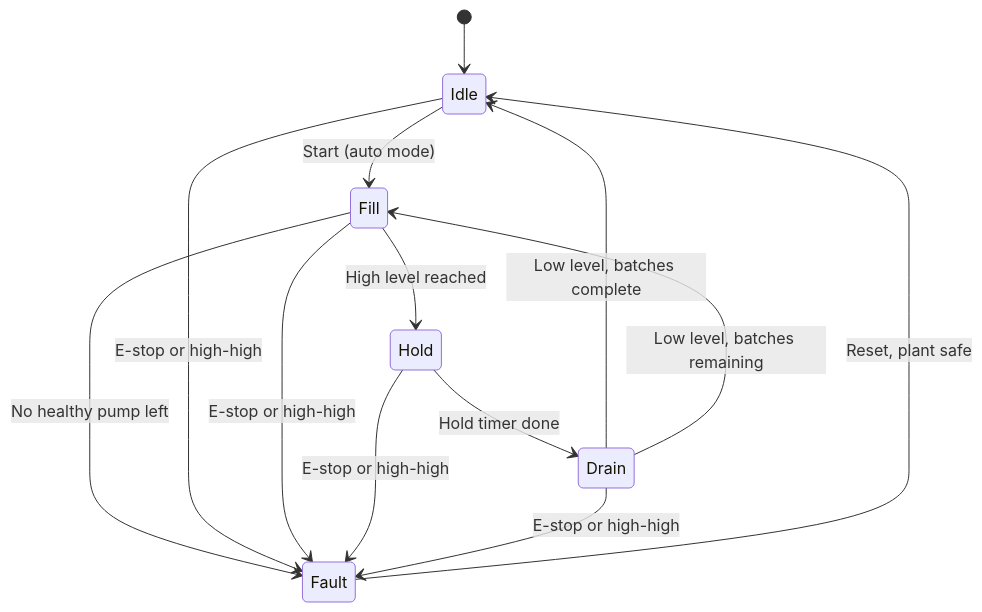
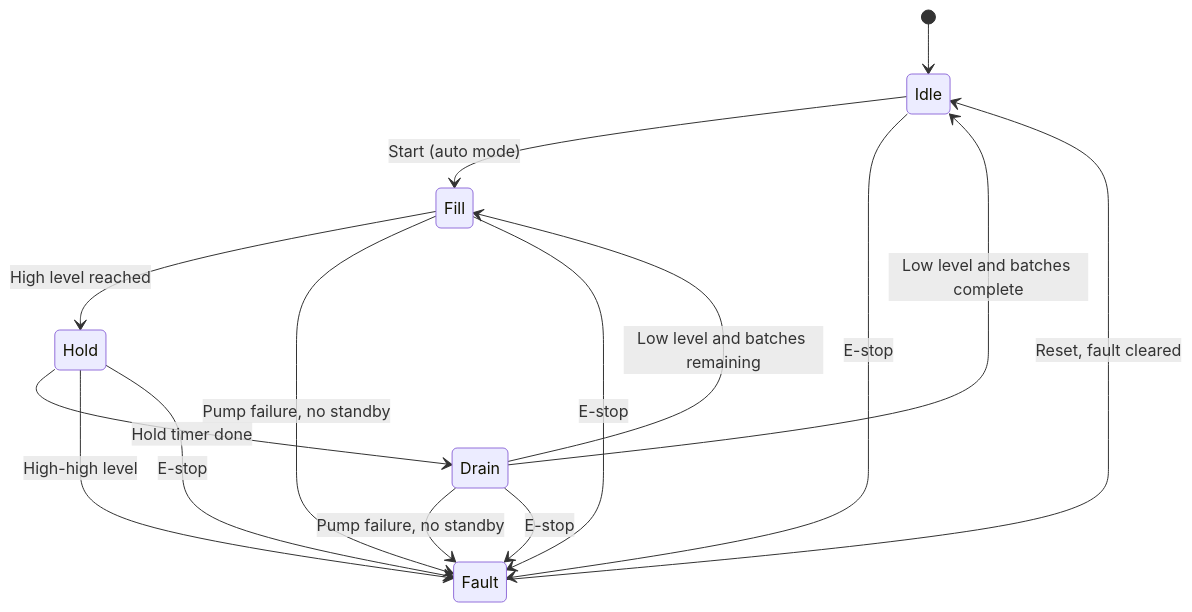
Before and after one commit to lucckkyyy/PLC_Batching_Station: the diagram in README.md, drawn with Mermaid. The commit also changed other lines of this file and 9 other files, not shown here.

````diff
--- a/README.md
+++ b/README.md
@@ -63,15 +25,17 @@
 ```mermaid
 stateDiagram-v2
     [*] --> Idle
     Idle --> Fill: Start (auto mode)
     Fill --> Hold: High level reached
     Hold --> Drain: Hold timer done
-    Drain --> Idle: Low level, batches complete
-    Drain --> Fill: Low level, batches remaining
-    Fill --> Fault: No healthy pump left
-    Idle --> Fault: E-stop or high-high
-    Fill --> Fault: E-stop or high-high
-    Hold --> Fault: E-stop or high-high
-    Drain --> Fault: E-stop or high-high
-    Fault --> Idle: Reset, plant safe
+    Drain --> Idle: Low level and batches complete
+    Drain --> Fill: Low level and batches remaining
+    Fill --> Fault: Pump failure, no standby
+    Hold --> Fault: High-high level
+    Drain --> Fault: Pump failure, no standby
+    Idle --> Fault: E-stop
+    Fill --> Fault: E-stop
+    Hold --> Fault: E-stop
+    Drain --> Fault: E-stop
+    Fault --> Idle: Reset, fault cleared
 ```
````
